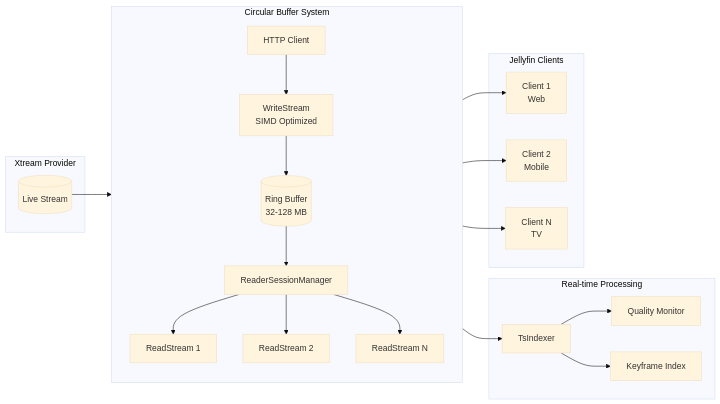
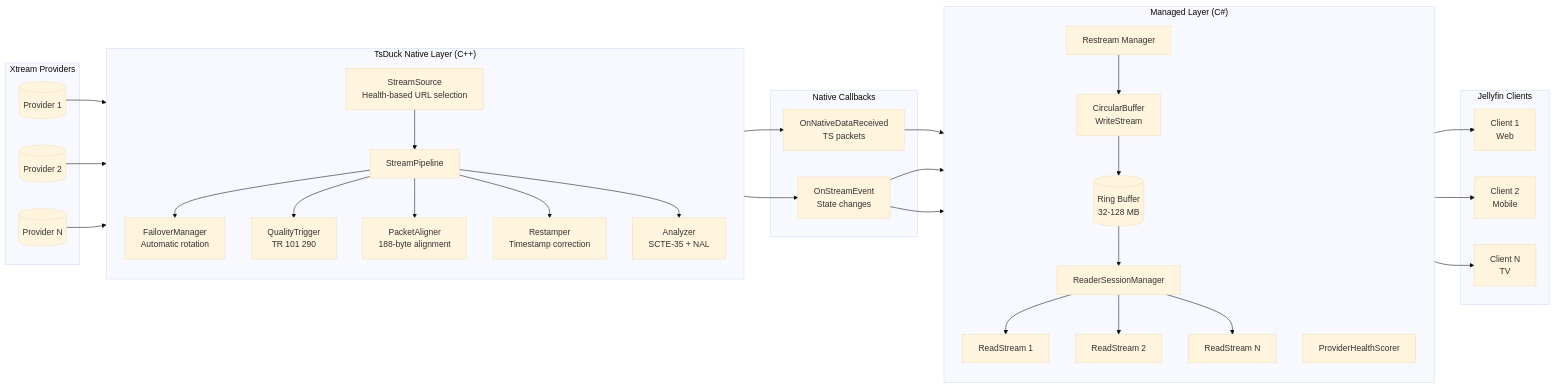
Before and after one commit to magyargergo/Jellyfin.Xtream: the second of 11 diagrams in README.md, drawn with Mermaid (base theme). The commit also changed other lines of this file and 29 other files, not shown here.

First line of the commit message:
feat(streaming): integrate shared memory IPC for native-to-managed data transfer

````diff
--- a/README.md
+++ b/README.md
@@ -121,45 +121,70 @@
 ```mermaid
 flowchart LR
-    subgraph Provider["Xtream Provider"]
-        Stream[(Live Stream)]
+    subgraph Provider["Xtream Providers"]
+        P1[(Provider 1)]
+        P2[(Provider 2)]
+        PN[(Provider N)]
     end
 
-    subgraph Buffer["Circular Buffer System"]
+    subgraph Native["TsDuck Native Layer (C++)"]
         direction TB
-        HTTP[HTTP Client]
-        Write[WriteStream<br/>SIMD Optimized]
+        Pipeline[StreamPipeline]
+        Source[StreamSource<br/>Health-based URL selection]
+        Failover[FailoverManager<br/>Automatic rotation]
+        Quality[QualityTrigger<br/>TR 101 290]
+        Aligner[PacketAligner<br/>188-byte alignment]
+        Restamper[Restamper<br/>Timestamp correction]
+        Analyzer[Analyzer<br/>SCTE-35 + NAL]
+    end
+
+    subgraph Callbacks["Native Callbacks"]
+        DataCB[OnNativeDataReceived<br/>TS packets]
+        EventCB[OnStreamEvent<br/>State changes]
+    end
+
+    subgraph Managed["Managed Layer (C#)"]
+        direction TB
+        Restream[Restream Manager]
+        HealthScorer[ProviderHealthScorer]
+        Write[CircularBuffer<br/>WriteStream]
         Ring[(Ring Buffer<br/>32-128 MB)]
         Sessions[ReaderSessionManager]
         Read1[ReadStream 1]
         Read2[ReadStream 2]
         ReadN[ReadStream N]
-    end
-
-    subgraph Processing["Real-time Processing"]
-        Indexer[TsIndexer]
-        Quality[Quality Monitor]
-        Keyframes[Keyframe Index]
     end
 
     subgraph Clients["Jellyfin Clients"]
         C1[Client 1<br/>Web]
         C2[Client 2<br/>Mobile]
         CN[Client N<br/>TV]
     end
 
-    Stream --> HTTP
-    HTTP --> Write
+    P1 --> Source
+    P2 --> Source
+    PN --> Source
+    Source --> Pipeline
+    Pipeline --> Failover
+    Pipeline --> Quality
+    Pipeline --> Aligner
+    Pipeline --> Restamper
+    Pipeline --> Analyzer
+
+    Aligner --> DataCB
+    Pipeline --> EventCB
+
+    DataCB --> Restream
+    EventCB --> Restream
+    EventCB --> HealthScorer
+    Restream --> Write
     Write --> Ring
-    Write --> Indexer
-    Indexer --> Quality
-    Indexer --> Keyframes
 
     Ring --> Sessions
     Sessions --> Read1
     Sessions --> Read2
     Sessions --> ReadN
 
     Read1 --> C1
     Read2 --> C2
     ReadN --> CN
 ```
````
